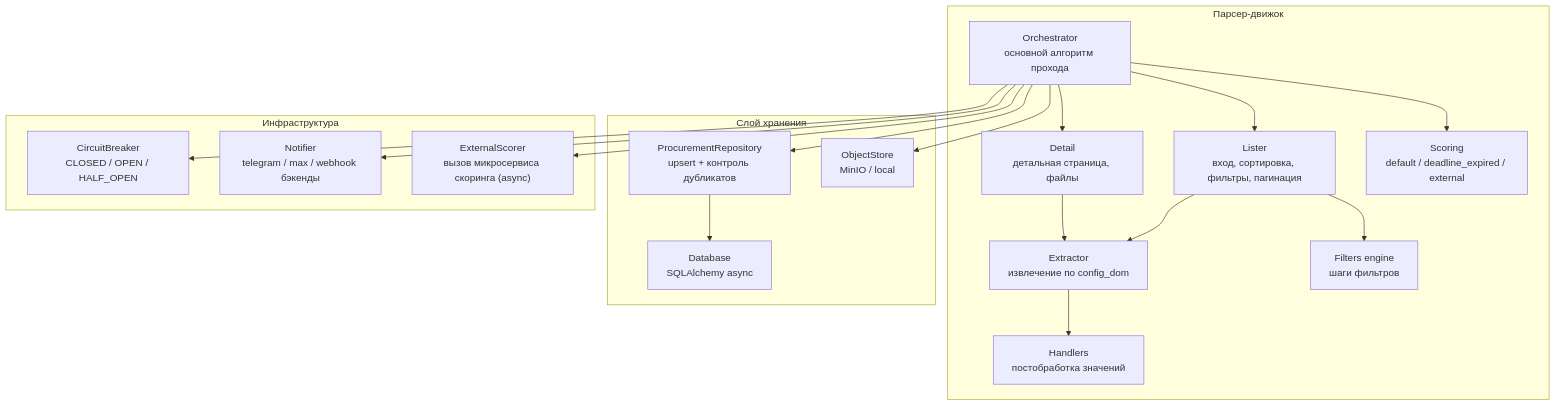
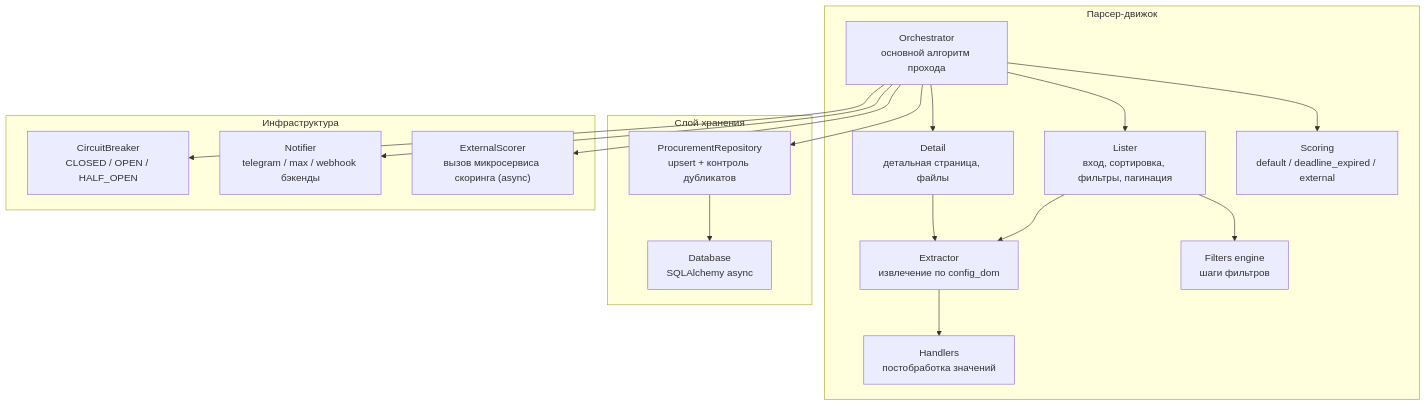
The diagram in docs/c4/component.md (igorvolk1961/zakupki_parser), drawn with Mermaid before and after one commit. The commit also changed 24 other files, not shown here.

````diff
--- a/docs/c4/component.md
+++ b/docs/c4/component.md
@@ -5,38 +5,36 @@
 ```mermaid
 flowchart TB
     subgraph Engine["Парсер-движок"]
         ORC["Orchestrator<br/>основной алгоритм прохода"]
         LST["Lister<br/>вход, сортировка, фильтры, пагинация"]
         EXT["Extractor<br/>извлечение по config_dom"]
         DET["Detail<br/>детальная страница, файлы"]
         FLT["Filters engine<br/>шаги фильтров"]
         HND["Handlers<br/>постобработка значений"]
         SCD["Scoring<br/>default / deadline_expired / external"]
     end
 
     subgraph Store["Слой хранения"]
         REPO["ProcurementRepository<br/>upsert + контроль дубликатов"]
         DB["Database<br/>SQLAlchemy async"]
-        OOS["ObjectStore<br/>MinIO / local"]
     end
 
     subgraph Infra["Инфраструктура"]
         CB["CircuitBreaker<br/>CLOSED / OPEN / HALF_OPEN"]
         NOT["Notifier<br/>telegram / max / webhook бэкенды"]
         ESC["ExternalScorer<br/>вызов микросервиса скоринга (async)"]
     end
 
     ORC --> LST
     LST --> FLT
     LST --> EXT
     ORC --> DET
     DET --> EXT
     EXT --> HND
     ORC --> SCD
     ORC --> REPO
     REPO --> DB
-    ORC --> OOS
     ORC --> ESC
     ORC --> CB
     ORC --> NOT
 ```
````
